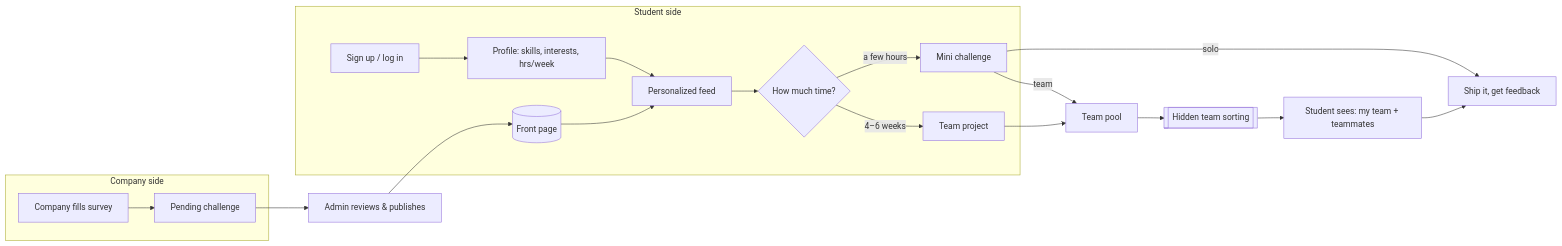
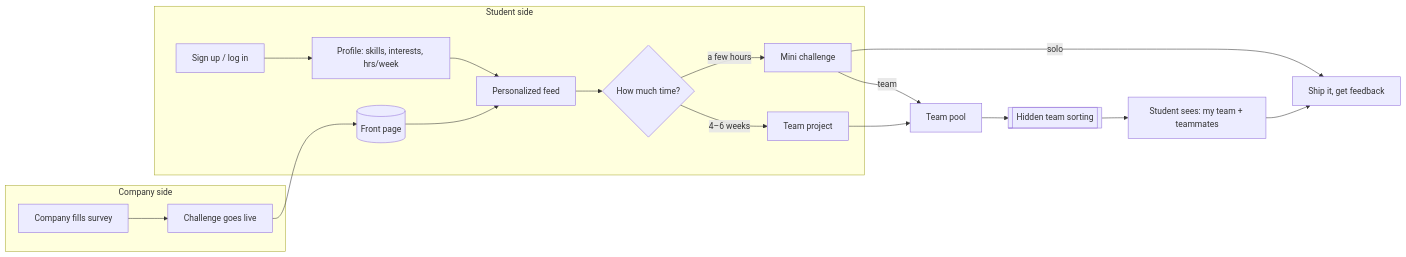
Before and after one commit to alinaliu2025/rungs: the diagram in README.md, drawn with Mermaid. The commit also changed other lines of this file and 26 other files, not shown here.

````diff
--- a/README.md
+++ b/README.md
@@ -19,24 +19,23 @@
 ```mermaid
 flowchart LR
   subgraph Company side
-    C1[Company fills survey] --> C2[Pending challenge]
+    C1[Company fills survey] --> C2[Challenge goes live]
   end
-  C2 --> A1[Admin reviews & publishes]
-  A1 --> FP[(Front page)]
+  C2 --> FP[(Front page)]
 
   subgraph Student side
     S1[Sign up / log in] --> S2[Profile: skills, interests, hrs/week]
     S2 --> S3[Personalized feed]
     FP --> S3
     S3 --> S4{How much time?}
     S4 -->|a few hours| M[Mini challenge]
     S4 -->|4–6 weeks| P[Team project]
   end
 
   M -->|solo| DONE[Ship it, get feedback]
   M -->|team| POOL
   P --> POOL[Team pool]
   POOL --> TS[[Hidden team sorting]]
   TS --> T[Student sees: my team + teammates]
   T --> DONE
 ```
````
